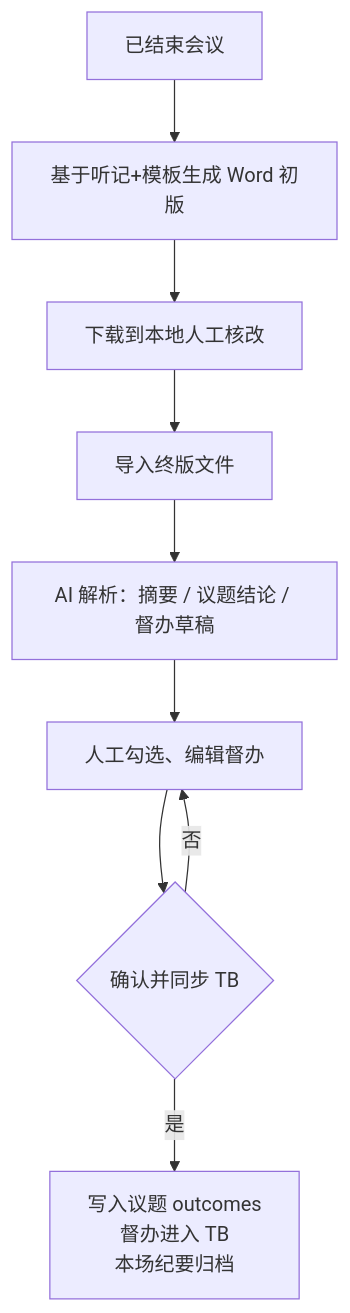
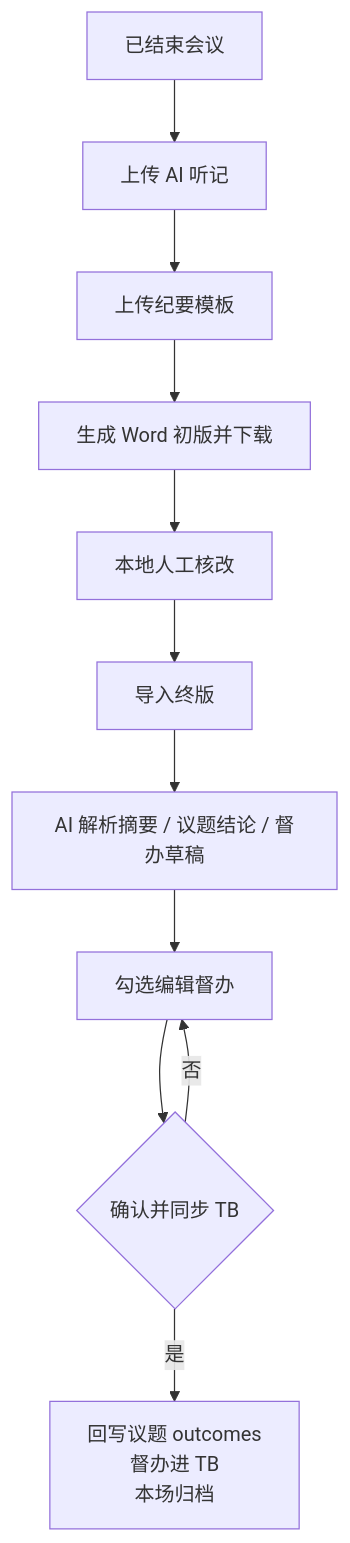
Before and after one commit to lizhihui007/meeting-closed-loop-system: the second of 2 diagrams in docs/会议管理闭环系统-需求设计文档.md, drawn with Mermaid. The commit also changed other lines of this file and 2 other files, not shown here.

````diff
--- a/docs/会议管理闭环系统-需求设计文档.md
+++ b/docs/会议管理闭环系统-需求设计文档.md
@@ -217,11 +684,13 @@
 ```mermaid
 flowchart TD
-  A[已结束会议] --> B[基于听记+模板生成 Word 初版]
-  B --> C[下载到本地人工核改]
-  C --> D[导入终版文件]
-  D --> E[AI 解析：摘要 / 议题结论 / 督办草稿]
-  E --> F[人工勾选、编辑督办]
-  F --> G{确认并同步 TB}
-  G -->|是| H[写入议题 outcomes<br/>督办进入 TB<br/>本场纪要归档]
-  G -->|否| F
+  A[已结束会议] --> B[上传 AI 听记]
+  B --> C[上传纪要模板]
+  C --> D[生成 Word 初版并下载]
+  D --> E[本地人工核改]
+  E --> F[导入终版]
+  F --> G[AI 解析摘要 / 议题结论 / 督办草稿]
+  G --> H[勾选编辑督办]
+  H --> I{确认并同步 TB}
+  I -->|是| J[回写议题 outcomes<br/>督办进 TB<br/>本场归档]
+  I -->|否| H
 ```
````
